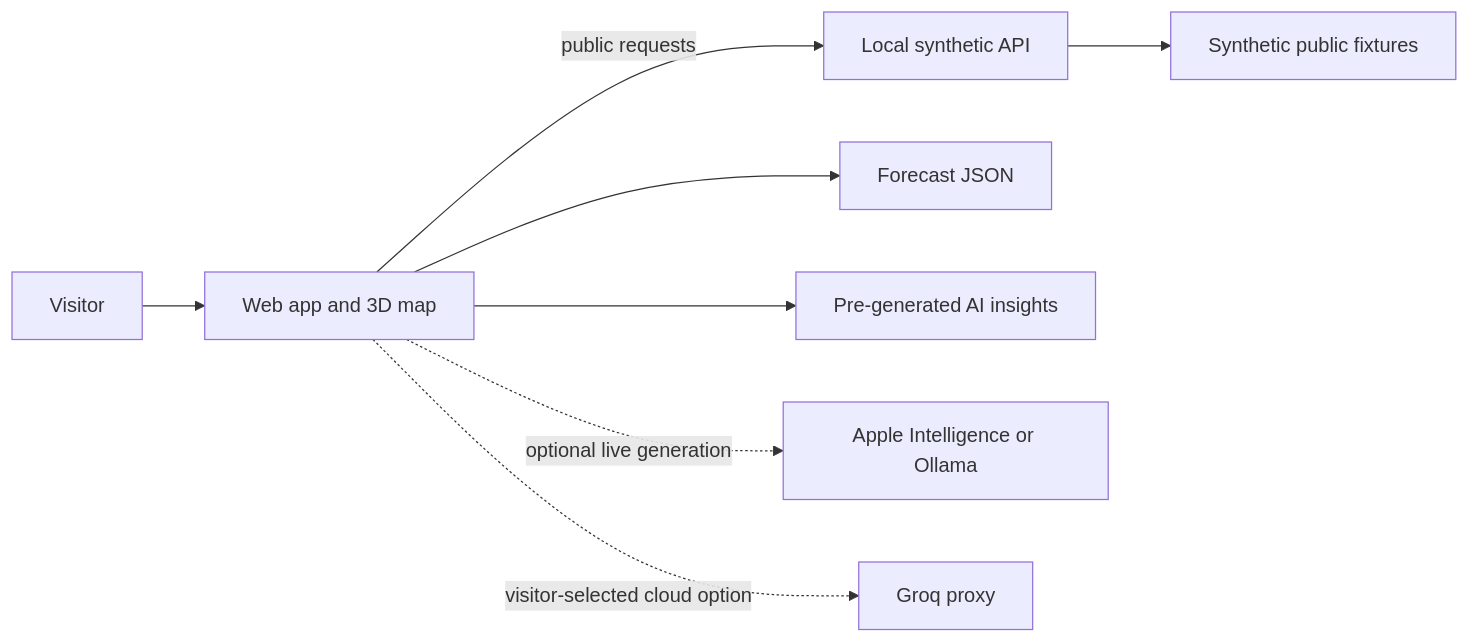
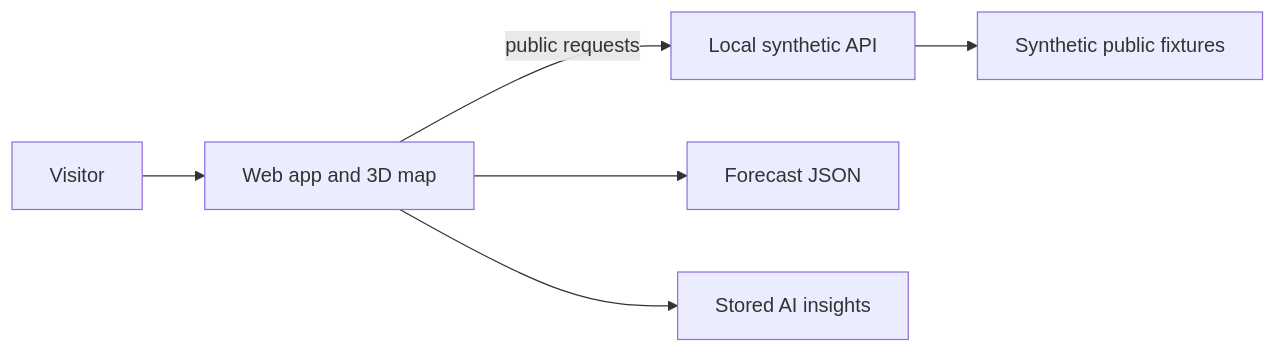
One commit to satvikp-coder/makarba-360 changed the first of 2 diagrams in README.md. Above: the diagram before and after it, drawn with Mermaid. The commit also changed other lines of this file and 25 other files, not shown here.

````diff
--- a/README.md
+++ b/README.md
@@ -60,10 +61,8 @@
 ```mermaid
 flowchart LR
   visitor[Visitor] --> web[Web app and 3D map]
   web -->|public requests| api[Local synthetic API]
   api --> fixtures[Synthetic public fixtures]
   web --> forecasts[Forecast JSON]
-  web --> insights[Pre-generated AI insights]
-  web -. optional live generation .-> local[Apple Intelligence or Ollama]
-  web -. visitor-selected cloud option .-> groq[Groq proxy]
+  web --> insights[Stored AI insights]
 ```
````
